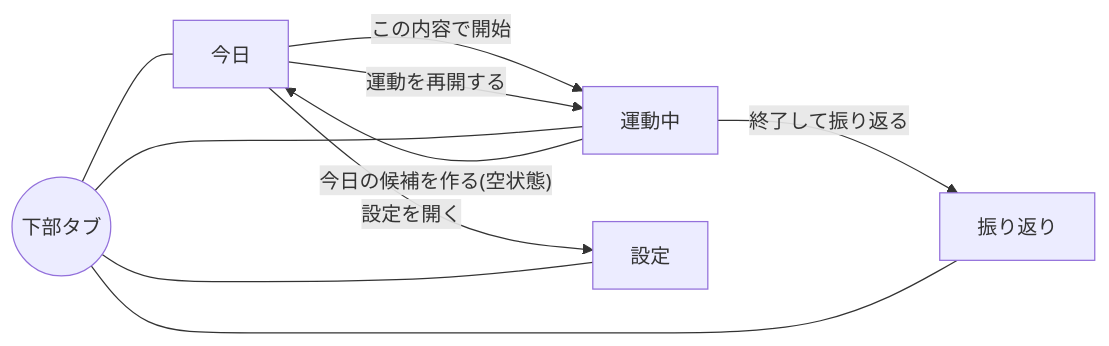
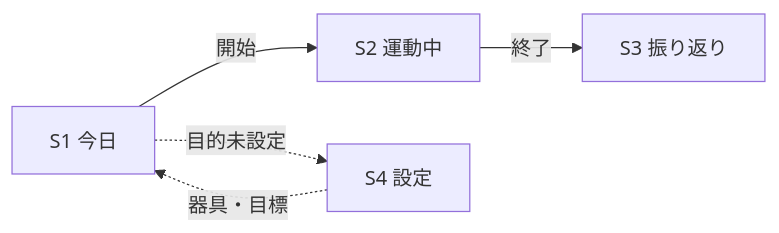
One commit to AibaTaro/Strength-app changed the first of 3 diagrams in docs/screen-spec.md. Above: the diagram before and after it, drawn with Mermaid. The commit also changed other lines of this file and 16 other files, not shown here.

Commit message:
画面仕様書を図・注釈画像中心に簡素化(約1/3)。注釈画像を再生成できるスクリプトとドキュメント方針を追加

````diff
--- a/docs/screen-spec.md
+++ b/docs/screen-spec.md
@@ -15,9 +8,7 @@
 ```mermaid
 flowchart LR
-  S1[今日] -- この内容で開始 --> S2[運動中]
-  S1 -- 運動を再開する --> S2
-  S1 -- 設定を開く --> S4[設定]
-  S2 -- 終了して振り返る --> S3[振り返り]
-  S2 -- 今日の候補を作る(空状態) --> S1
-  Nav((下部タブ)) --- S1 & S2 & S3 & S4
+  S1[S1 今日] -- 開始 --> S2[S2 運動中]
+  S2 -- 終了 --> S3[S3 振り返り]
+  S1 -. 目的未設定 .-> S4[S4 設定]
+  S4 -. 器具・目標 .-> S1
 ```
````
